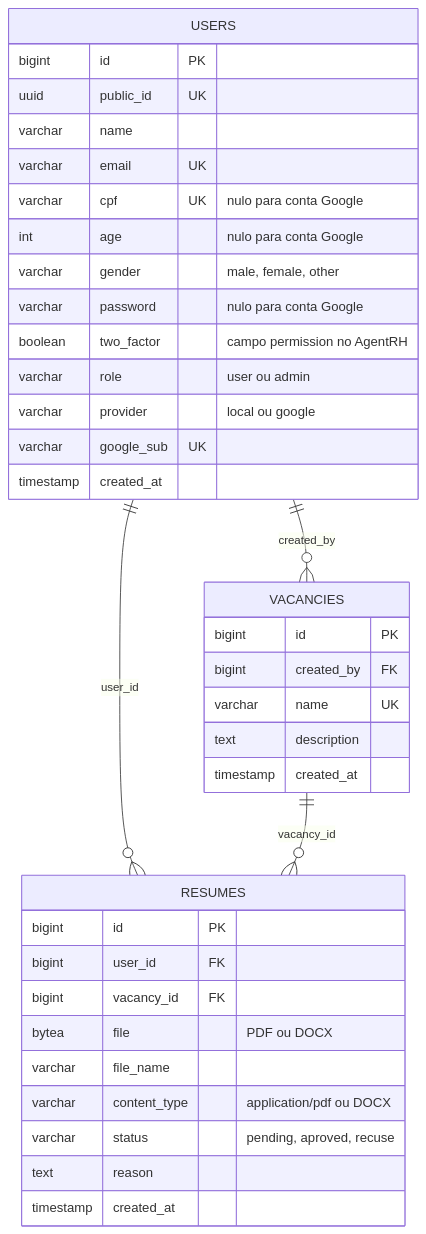
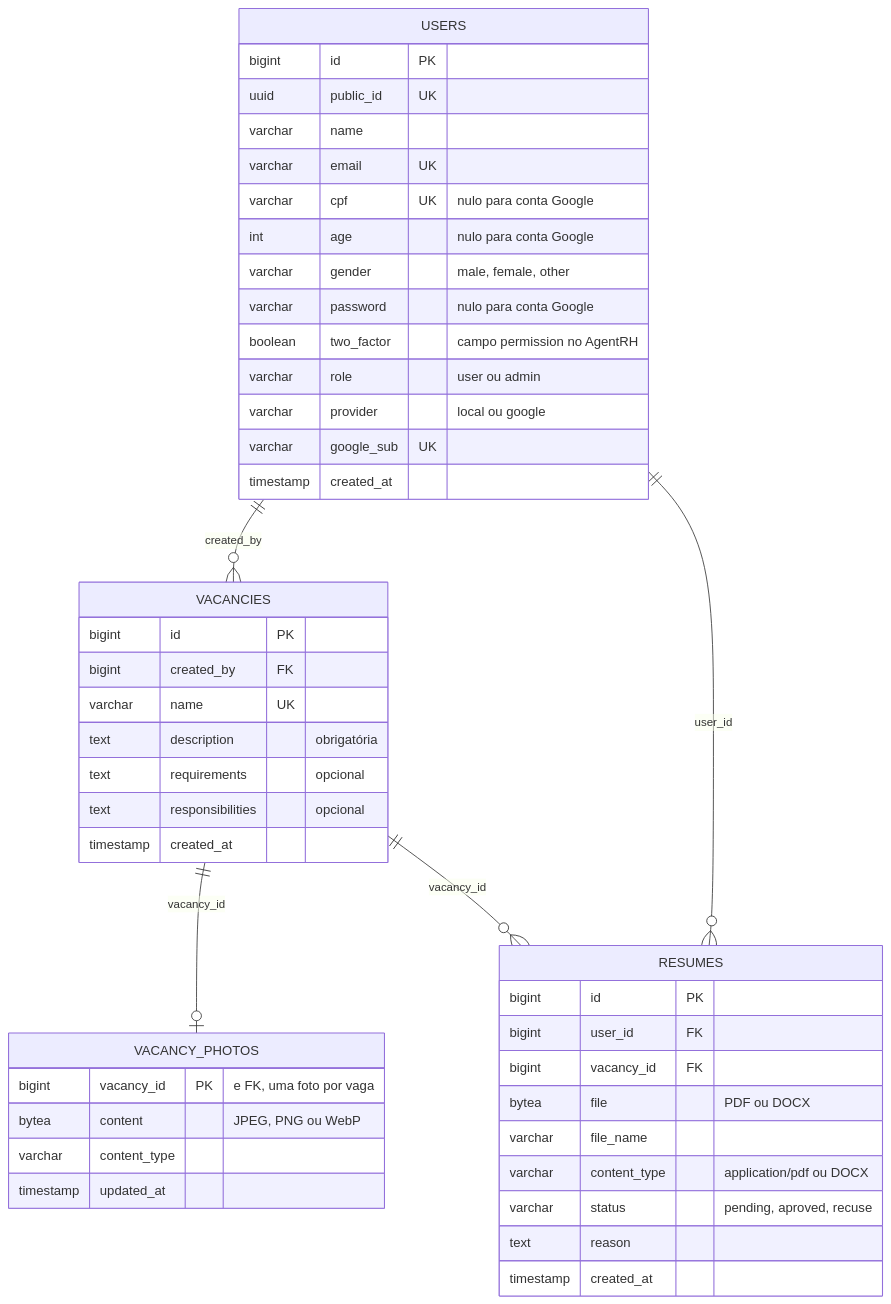
The third of 8 diagrams in DOCUMENTACAO.md (BrayanDevZN/RhHub), drawn with Mermaid before and after one commit. The commit also changed other lines of this file and 26 other files, not shown here.

````diff
--- a/DOCUMENTACAO.md
+++ b/DOCUMENTACAO.md
@@ -183,40 +183,49 @@
 ```mermaid
 erDiagram
     USERS ||--o{ VACANCIES : "created_by"
     USERS ||--o{ RESUMES : "user_id"
+    VACANCIES ||--o| VACANCY_PHOTOS : "vacancy_id"
     VACANCIES ||--o{ RESUMES : "vacancy_id"
 
     USERS {
         bigint id PK
         uuid public_id UK
         varchar name
         varchar email UK
         varchar cpf UK "nulo para conta Google"
         int age "nulo para conta Google"
         varchar gender "male, female, other"
         varchar password "nulo para conta Google"
         boolean two_factor "campo permission no AgentRH"
         varchar role "user ou admin"
         varchar provider "local ou google"
         varchar google_sub UK
         timestamp created_at
     }
     VACANCIES {
         bigint id PK
         bigint created_by FK
         varchar name UK
-        text description
+        text description "obrigatória"
+        text requirements "opcional"
+        text responsibilities "opcional"
         timestamp created_at
+    }
+    VACANCY_PHOTOS {
+        bigint vacancy_id PK "e FK, uma foto por vaga"
+        bytea content "JPEG, PNG ou WebP"
+        varchar content_type
+        timestamp updated_at
     }
     RESUMES {
         bigint id PK
         bigint user_id FK
         bigint vacancy_id FK
         bytea file "PDF ou DOCX"
         varchar file_name
         varchar content_type "application/pdf ou DOCX"
         varchar status "pending, aproved, recuse"
         text reason
         timestamp created_at
     }
 ```
````
